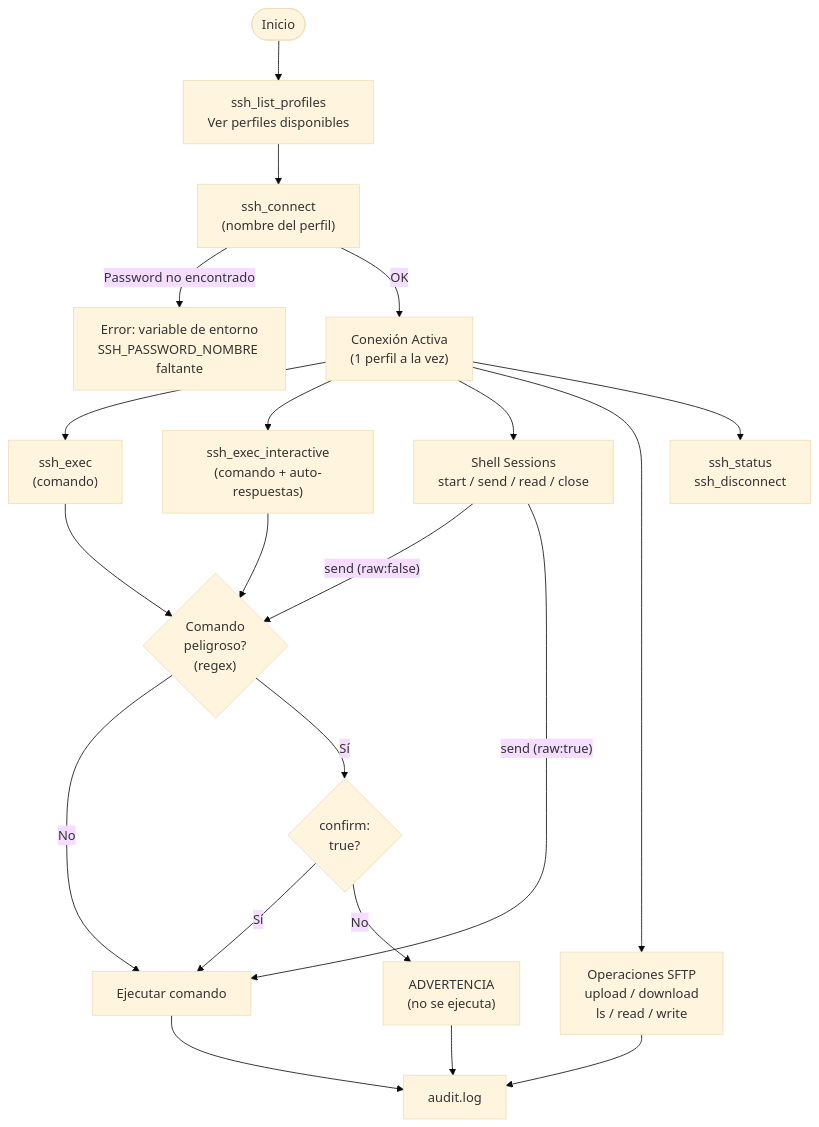
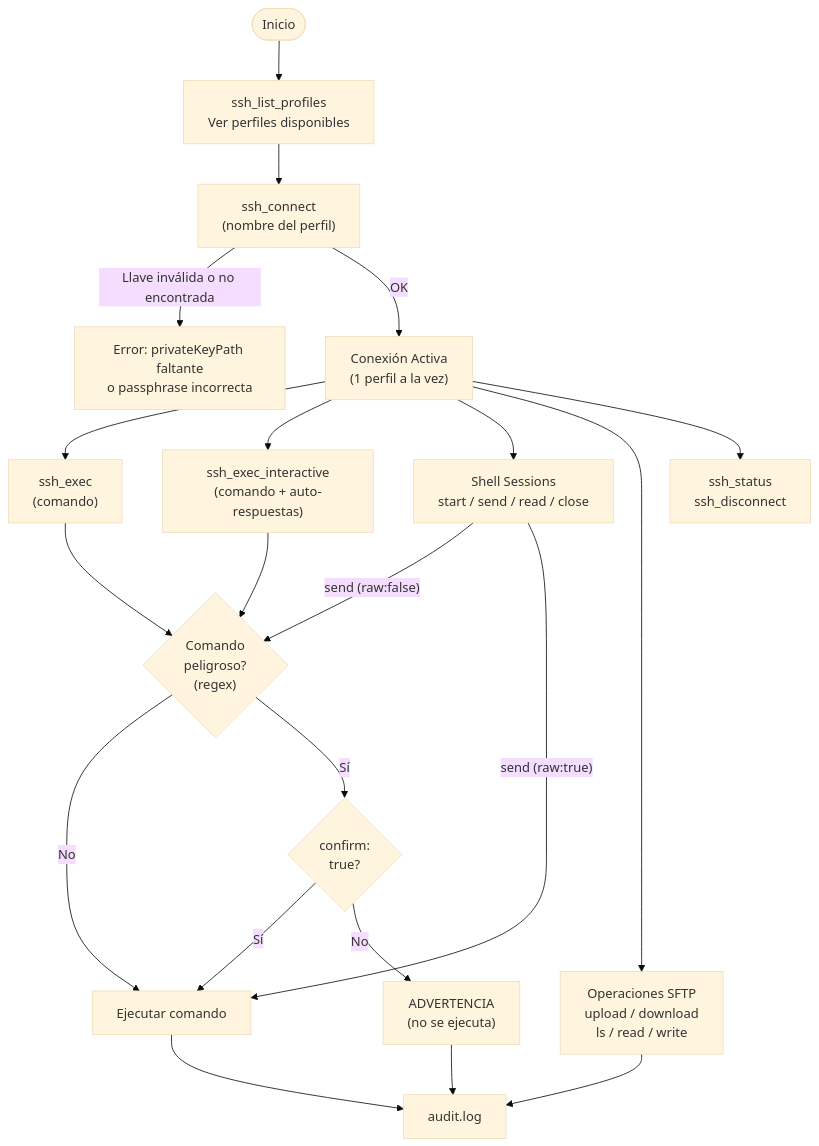
The second of 3 diagrams in README.es.md (d3v1an/ssh-mcp), drawn with Mermaid (base theme) before and after one commit. The commit also changed other lines of this file and 17 other files, not shown here.

````diff
--- a/README.es.md
+++ b/README.es.md
@@ -49,27 +49,27 @@
 ```mermaid
 flowchart TD
     Start([Inicio]) --> ListProfiles["ssh_list_profiles<br/>Ver perfiles disponibles"]
     ListProfiles --> Connect["ssh_connect<br/>(nombre del perfil)"]
-    Connect -->|Password no encontrado| Error["Error: variable de entorno<br/>SSH_PASSWORD_NOMBRE faltante"]
+    Connect -->|Llave inválida o no encontrada| Error["Error: privateKeyPath faltante<br/>o passphrase incorrecta"]
     Connect -->|OK| Active["Conexión Activa<br/>(1 perfil a la vez)"]
 
     Active --> ExecBranch["ssh_exec<br/>(comando)"]
     Active --> InteractiveBranch["ssh_exec_interactive<br/>(comando + auto-respuestas)"]
     Active --> ShellBranch["Shell Sessions<br/>start / send / read / close"]
     Active --> SFTPBranch["Operaciones SFTP<br/>upload / download<br/>ls / read / write"]
     Active --> StatusBranch["ssh_status<br/>ssh_disconnect"]
 
     ExecBranch --> DangerCheck{"Comando<br/>peligroso?<br/>(regex)"}
     InteractiveBranch --> DangerCheck
     DangerCheck -->|No| Execute["Ejecutar comando"]
     DangerCheck -->|Sí| ConfirmCheck{"confirm:<br/>true?"}
     ConfirmCheck -->|Sí| Execute
     ConfirmCheck -->|No| Warning["ADVERTENCIA<br/>(no se ejecuta)"]
 
     ShellBranch -->|"send (raw:false)"| DangerCheck
     ShellBranch -->|"send (raw:true)"| Execute
 
     Execute --> Audit["audit.log"]
     SFTPBranch --> Audit
     Warning --> Audit
 ```
````
